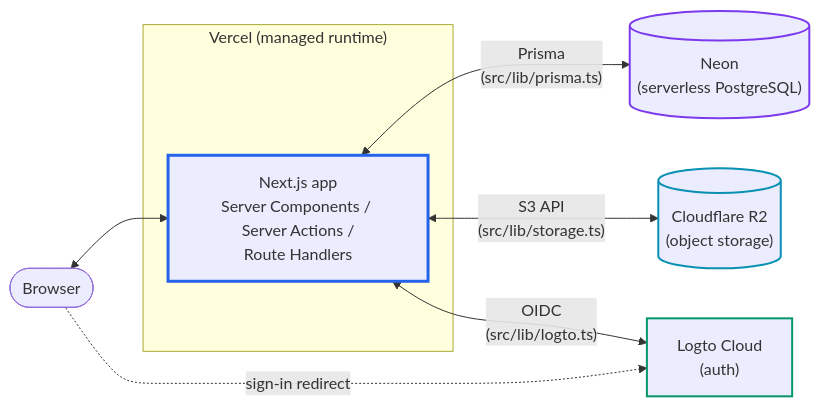
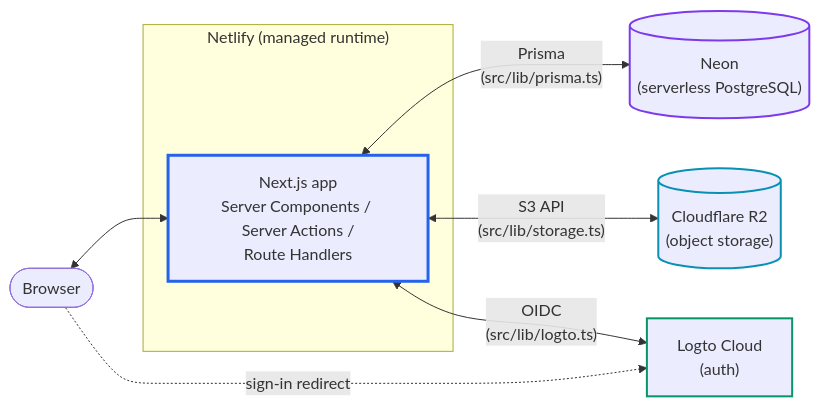
The diagram in docs/architecture.md (yutaide/enmaru), drawn with Mermaid before and after one commit. The commit also changed other lines of this file and 8 other files, not shown here.

First line of the commit message:
Update Vercel references to Netlify (#16)

````diff
--- a/docs/architecture.md
+++ b/docs/architecture.md
@@ -3,27 +3,27 @@
 ```mermaid
 flowchart LR
     Browser@{ shape: stadium, label: "Browser" }
 
-    subgraph vercel["Vercel (managed runtime)"]
+    subgraph netlify["Netlify (managed runtime)"]
         Next@{ shape: rect, label: "Next.js app<br/>Server Components / Server Actions /<br/>Route Handlers" }
     end
 
     Neon@{ shape: cyl, label: "Neon<br/>(serverless PostgreSQL)" }
     R2@{ shape: cyl, label: "Cloudflare R2<br/>(object storage)" }
     Logto@{ shape: rect, label: "Logto Cloud<br/>(auth)" }
 
     Browser <--> Next
     Next <-- "Prisma<br/>(src/lib/prisma.ts)" --> Neon
     Next <-- "S3 API<br/>(src/lib/storage.ts)" --> R2
     Next <-- "OIDC<br/>(src/lib/logto.ts)" --> Logto
     Browser -. "sign-in redirect" .-> Logto
 
     classDef next stroke:#2563eb,stroke-width:3px
     classDef db stroke:#7c3aed,stroke-width:2px
     classDef fs stroke:#0891b2,stroke-width:2px
     classDef auth stroke:#059669,stroke-width:2px
     class Next next
     class Neon db
     class R2 fs
     class Logto auth
 ```
````
